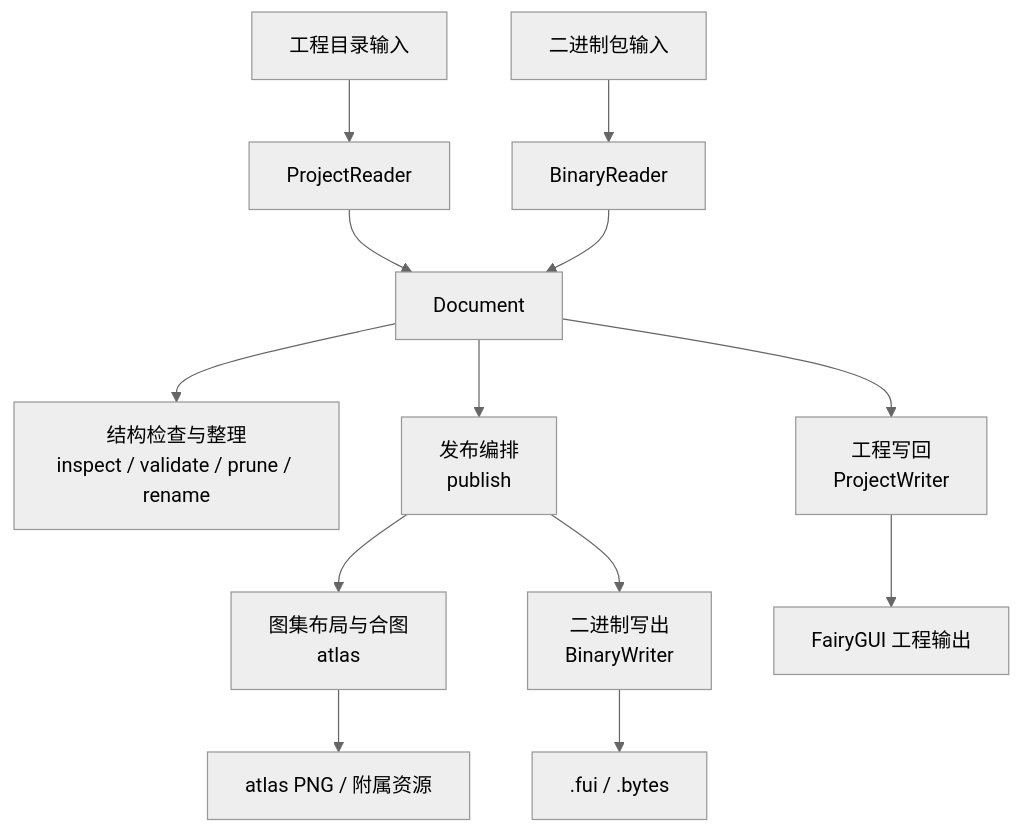
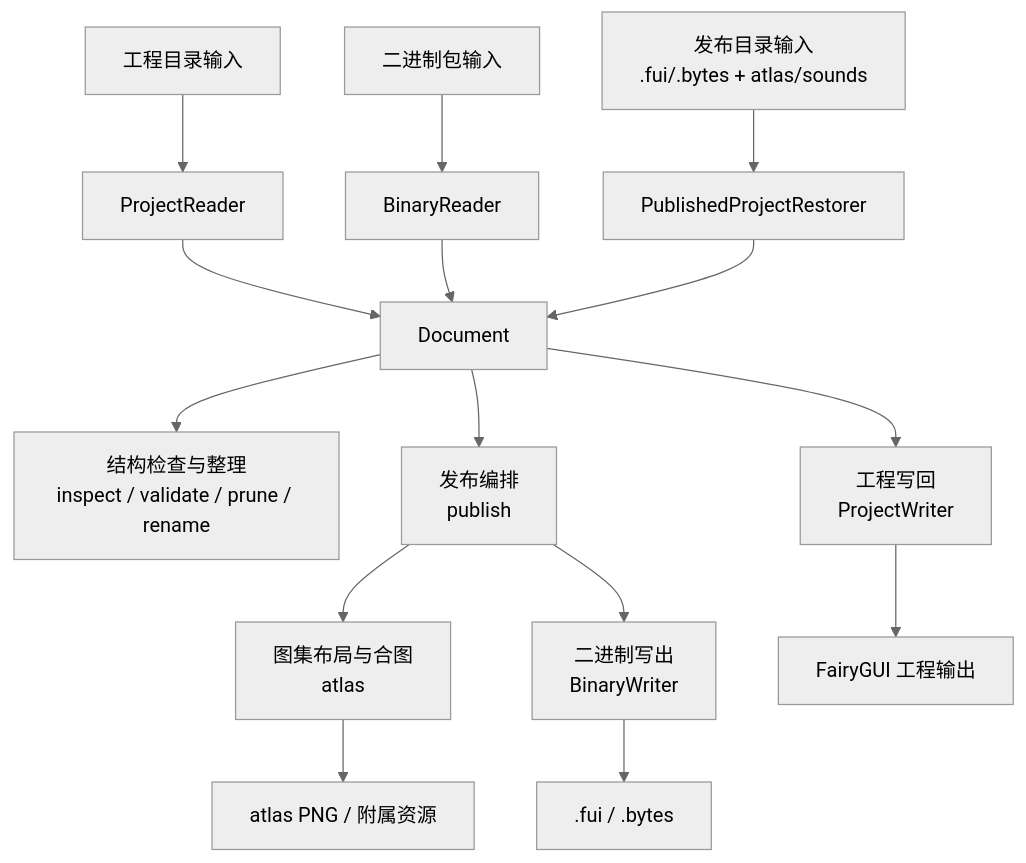
Before and after one commit to OpenFairyGUI/OpenFairyGUI: the second of 2 diagrams in docs/architecture-overview.md, drawn with Mermaid (neutral theme). The commit also changed other lines of this file and 15 other files, not shown here.

````diff
--- a/docs/architecture-overview.md
+++ b/docs/architecture-overview.md
@@ -162,15 +178,17 @@
 ```mermaid
 flowchart TD
     A["工程目录输入"] --> B["ProjectReader"]
     X["二进制包输入"] --> Y["BinaryReader"]
+    R["发布目录输入<br/>.fui/.bytes + atlas/sounds"] --> S["PublishedProjectRestorer"]
     B --> C["Document"]
     Y --> C
+    S --> C
     C --> D["结构检查与整理<br/>inspect / validate / prune / rename"]
     C --> E["发布编排<br/>publish"]
     C --> F["工程写回<br/>ProjectWriter"]
     E --> G["图集布局与合图<br/>atlas"]
     E --> H["二进制写出<br/>BinaryWriter"]
     F --> I["FairyGUI 工程输出"]
     G --> J["atlas PNG / 附属资源"]
     H --> K[".fui / .bytes"]
 ```
````
